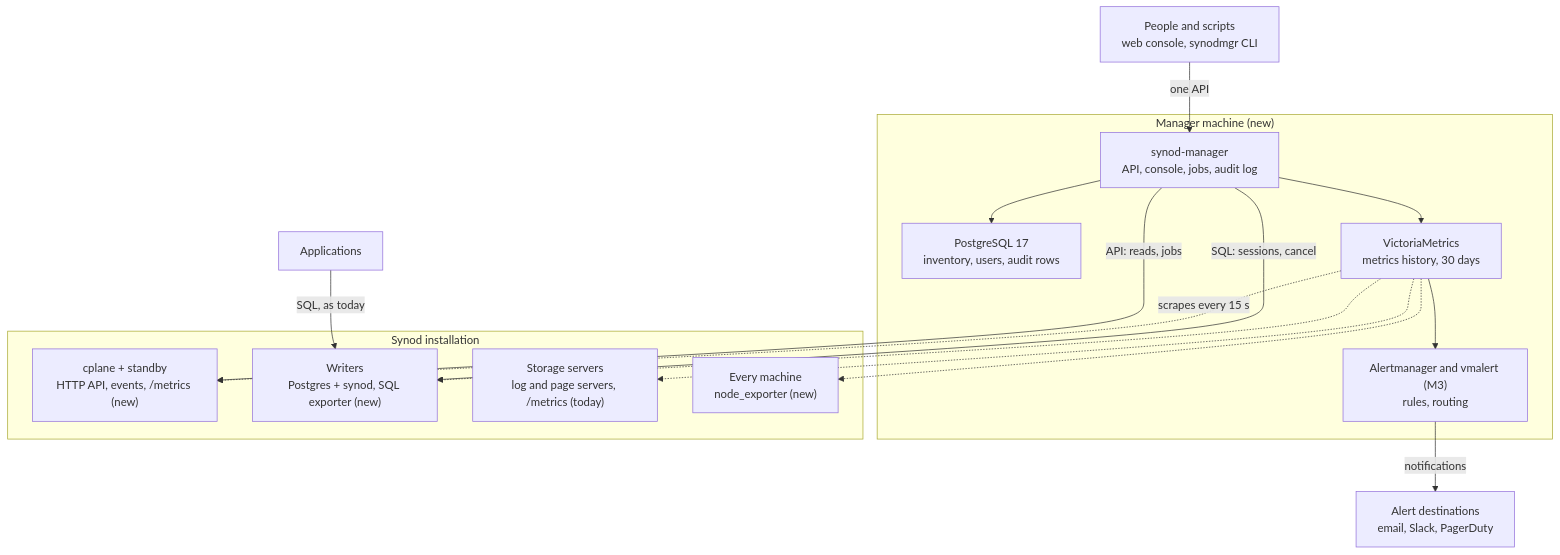
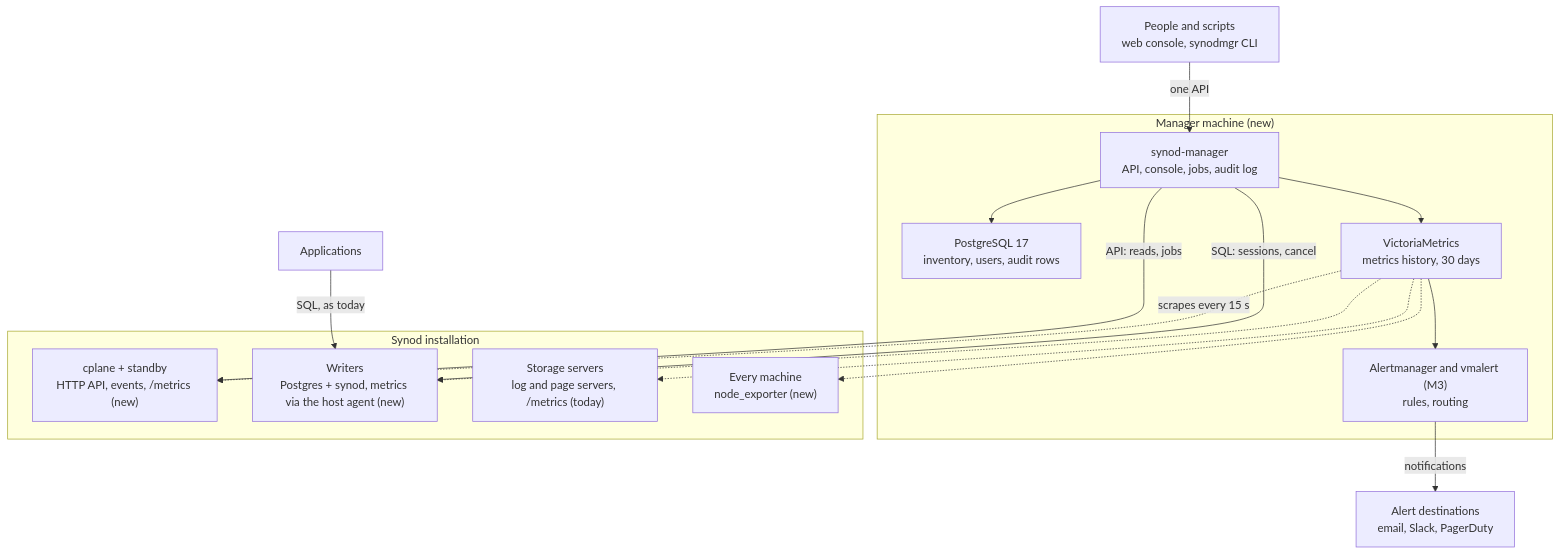
Before and after one commit to sangrhee88/synodmgr: the diagram in docs/design.md, drawn with Mermaid. The commit also changed other lines of this file, not shown here.

First line of the commit message:
Design: writer metrics come from the host agent, not a third-party exporter

````diff
--- a/docs/design.md
+++ b/docs/design.md
@@ -81,30 +81,30 @@
 ```mermaid
 flowchart TB
   people["People and scripts<br/>web console, synodmgr CLI"]
   alerts["Alert destinations<br/>email, Slack, PagerDuty"]
   subgraph mgr["Manager machine (new)"]
     pg["PostgreSQL 17<br/>inventory, users, audit rows"]
     sm["synod-manager<br/>API, console, jobs, audit log"]
     vm["VictoriaMetrics<br/>metrics history, 30 days"]
     am["Alertmanager and vmalert (M3)<br/>rules, routing"]
   end
   subgraph inst["Synod installation"]
     cp["cplane + standby<br/>HTTP API, events, /metrics (new)"]
-    wr["Writers<br/>Postgres + synod, SQL exporter (new)"]
+    wr["Writers<br/>Postgres + synod, metrics via the host agent (new)"]
     st["Storage servers<br/>log and page servers, /metrics (today)"]
     em["Every machine<br/>node_exporter (new)"]
   end
   apps["Applications"]
   people -->|one API| sm
   sm --> pg
   sm --> vm
   vm --> am
   am -->|notifications| alerts
   sm -->|"API: reads, jobs"| cp
   sm -->|"SQL: sessions, cancel"| wr
   vm -.->|scrapes every 15 s| cp
   vm -.-> wr
   vm -.-> st
   vm -.-> em
   apps -->|"SQL, as today"| wr
 ```
````
